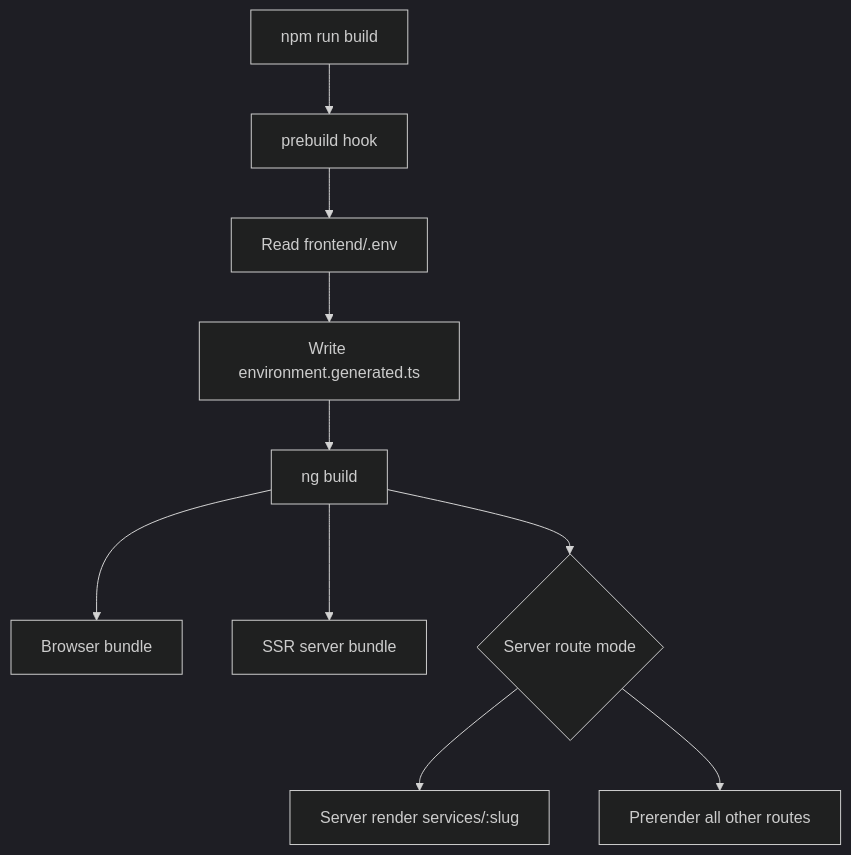
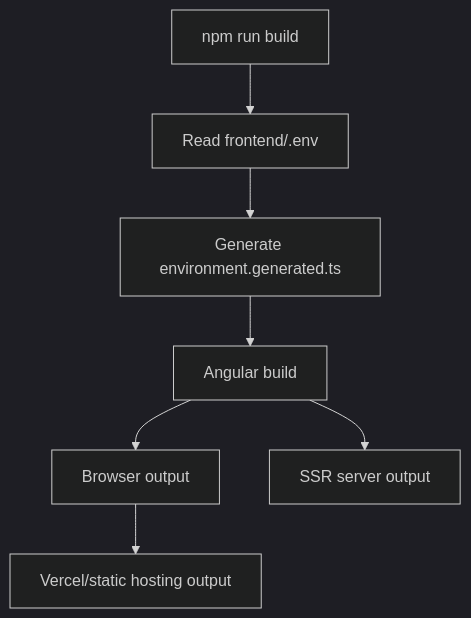
The eighth of 9 diagrams in README.md (yassineao/poetsanders), drawn with Mermaid (dark theme) before and after one commit. The commit also changed other lines of this file and 1 other file, not shown here.

````diff
--- a/README.md
+++ b/README.md
@@ -1603,20 +673,15 @@
 ```mermaid
 flowchart TD
-    Command[npm run build]
-    Prebuild[prebuild hook]
-    DotEnv[Read frontend/.env]
-    Generated[Write environment.generated.ts]
-    Angular[ng build]
-    Browser[Browser bundle]
-    Server[SSR server bundle]
-    Routes{Server route mode}
-    Dynamic[Server render services/:slug]
-    Static[Prerender all other routes]
+    Start[npm run build]
+    Env[Read frontend/.env]
+    Generate[Generate environment.generated.ts]
+    Angular[Angular build]
+    Browser[Browser output]
+    Server[SSR server output]
+    Deploy[Vercel/static hosting output]
 
-    Command --> Prebuild --> DotEnv --> Generated --> Angular
+    Start --> Env --> Generate --> Angular
     Angular --> Browser
     Angular --> Server
-    Angular --> Routes
-    Routes --> Dynamic
-    Routes --> Static
+    Browser --> Deploy
 ```
````
